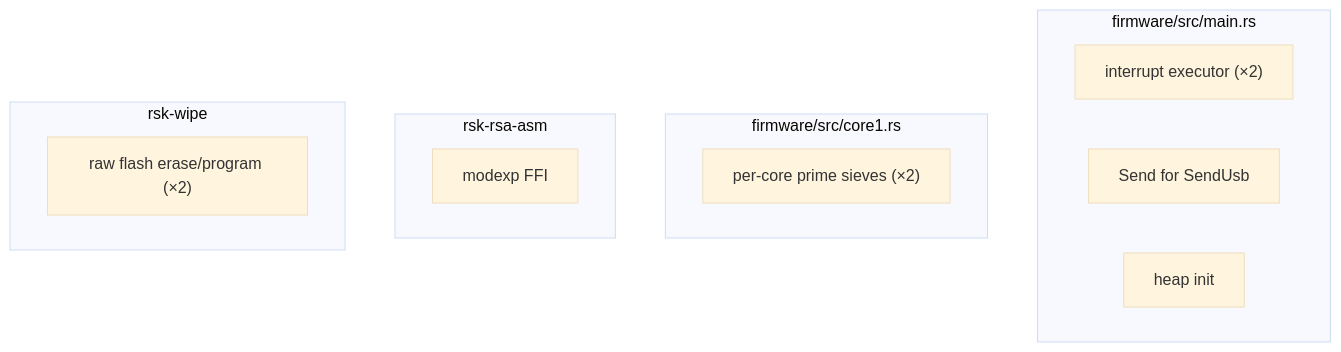
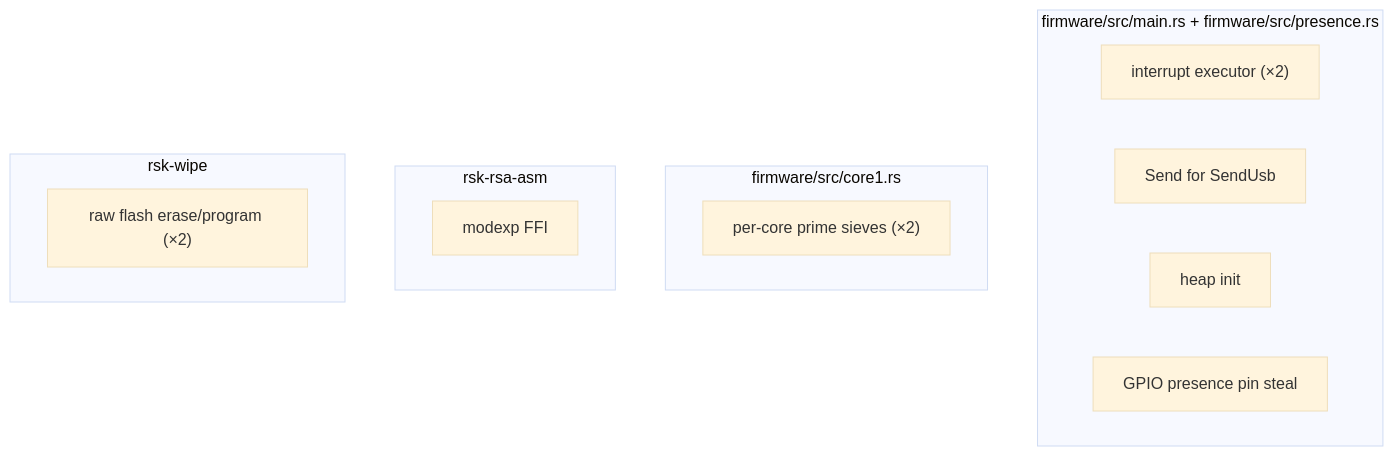
The diagram in docs/unsafe.md (librekeys/RS-Key), drawn with Mermaid (base theme) before and after one commit. The commit also changed other lines of this file and 11 other files, not shown here.

Commit message:
presence: add configurable GPIO presence pin

````diff
--- a/docs/unsafe.md
+++ b/docs/unsafe.md
@@ -14,17 +14,18 @@
 ```mermaid
 flowchart TB
-    subgraph fw["firmware/src/main.rs"]
+    subgraph fw["firmware/src/main.rs + firmware/src/presence.rs"]
       a["interrupt executor (×2)"]
       b["Send for SendUsb"]
       c["heap init"]
+      d["GPIO presence pin steal"]
     end
     subgraph kg["firmware/src/core1.rs"]
-      d["per-core prime sieves (×2)"]
+      e["per-core prime sieves (×2)"]
     end
     subgraph asm["rsk-rsa-asm"]
-      e["modexp FFI"]
+      f["modexp FFI"]
     end
     subgraph wipe["rsk-wipe"]
-      f["raw flash erase/program (×2)"]
+      g["raw flash erase/program (×2)"]
     end
 ```
````
